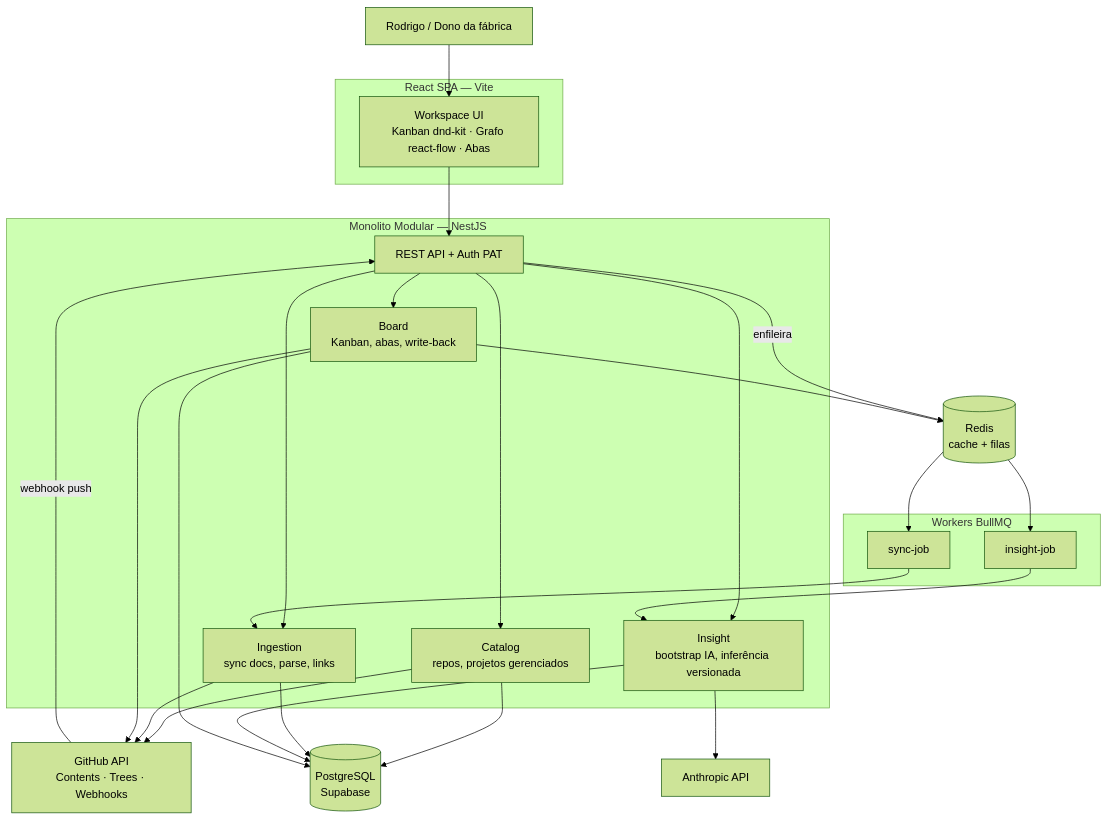
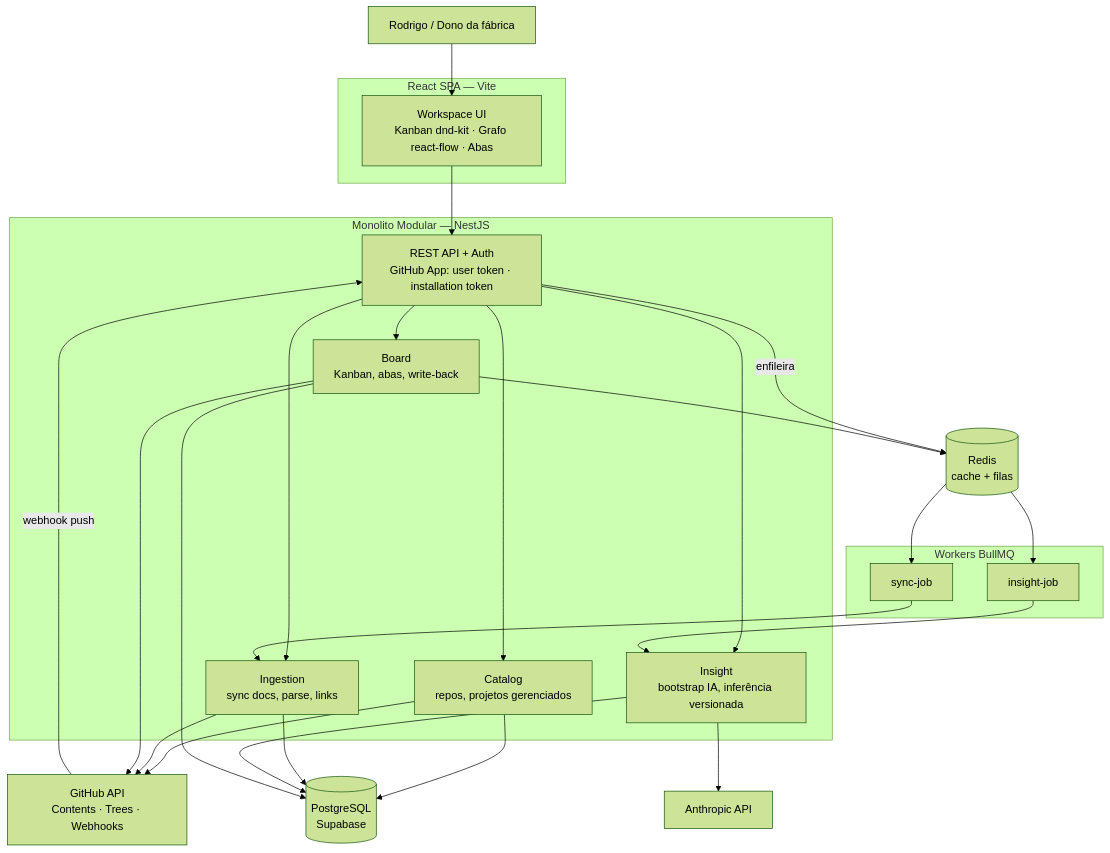
One commit to RodReis/rrb-proplan changed the diagram in docs/ARCHITECTURE.md. Above: the diagram before and after it, drawn with Mermaid (forest theme). The commit also changed other lines of this file and 11 other files, not shown here.

````diff
--- a/docs/ARCHITECTURE.md
+++ b/docs/ARCHITECTURE.md
@@ -7,40 +7,40 @@
 ```mermaid
 flowchart TB
     U[Rodrigo / Dono da fábrica]
 
     subgraph SPA[React SPA — Vite]
         UI[Workspace UI<br/>Kanban dnd-kit · Grafo react-flow · Abas]
     end
 
     subgraph API[Monolito Modular — NestJS]
-        REST[REST API + Auth PAT]
+        REST[REST API + Auth<br/>GitHub App: user token · installation token]
         CAT[Catalog<br/>repos, projetos gerenciados]
         ING[Ingestion<br/>sync docs, parse, links]
         INS[Insight<br/>bootstrap IA, inferência versionada]
         BRD[Board<br/>Kanban, abas, write-back]
     end
 
     subgraph JOBS[Workers BullMQ]
         SYNC[sync-job]
         AIJ[insight-job]
     end
 
     PG[(PostgreSQL<br/>Supabase)]
     RD[(Redis<br/>cache + filas)]
     GH[GitHub API<br/>Contents · Trees · Webhooks]
     AI[Anthropic API]
 
     U --> UI --> REST
     REST --> CAT & ING & INS & BRD
     CAT --> GH
     ING --> GH
     BRD --> GH
     GH -- webhook push --> REST
     REST -- enfileira --> RD
     RD --> SYNC & AIJ
     SYNC --> ING
     AIJ --> INS
     INS --> AI
     CAT & ING & INS & BRD --> PG
     BRD --> RD
 ```
````
